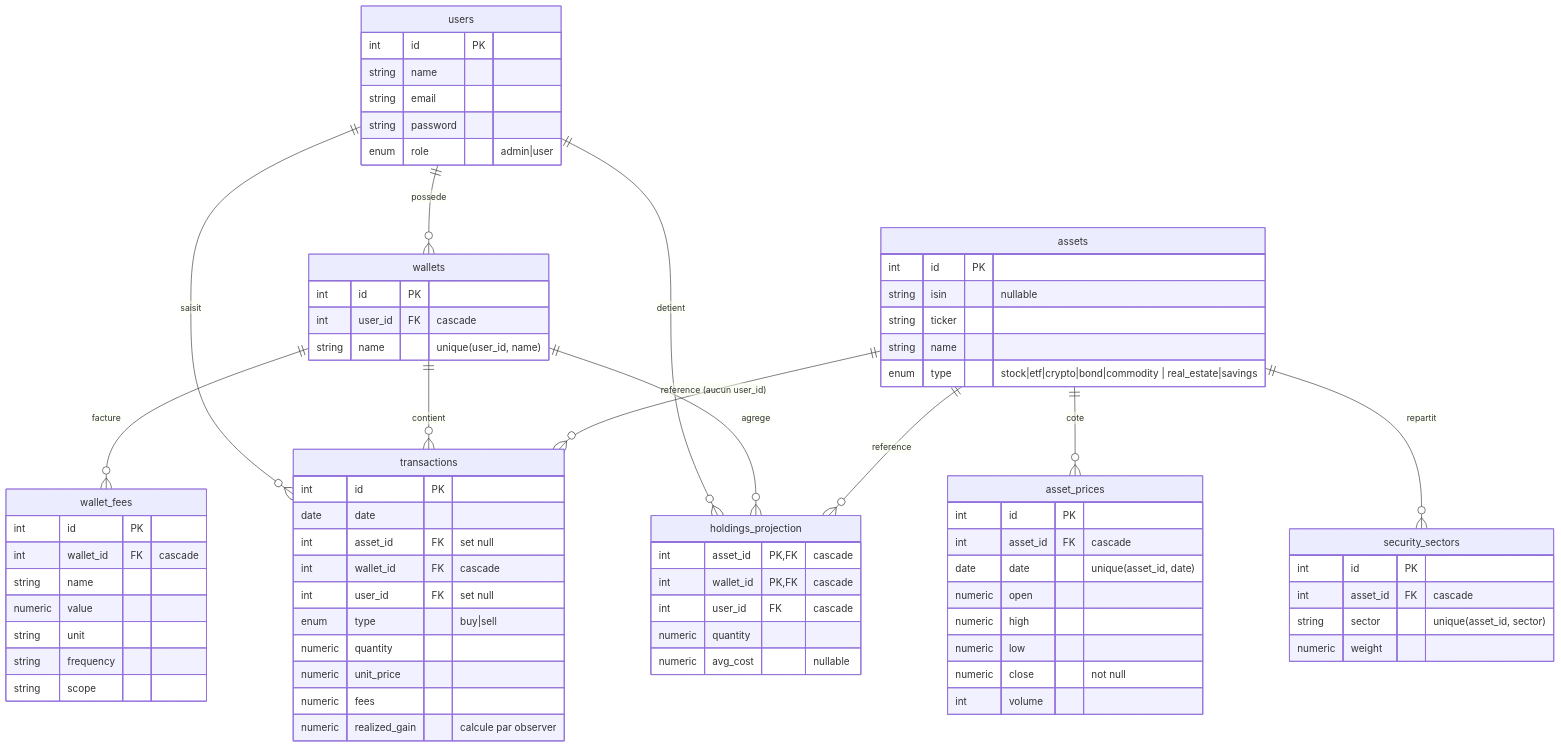
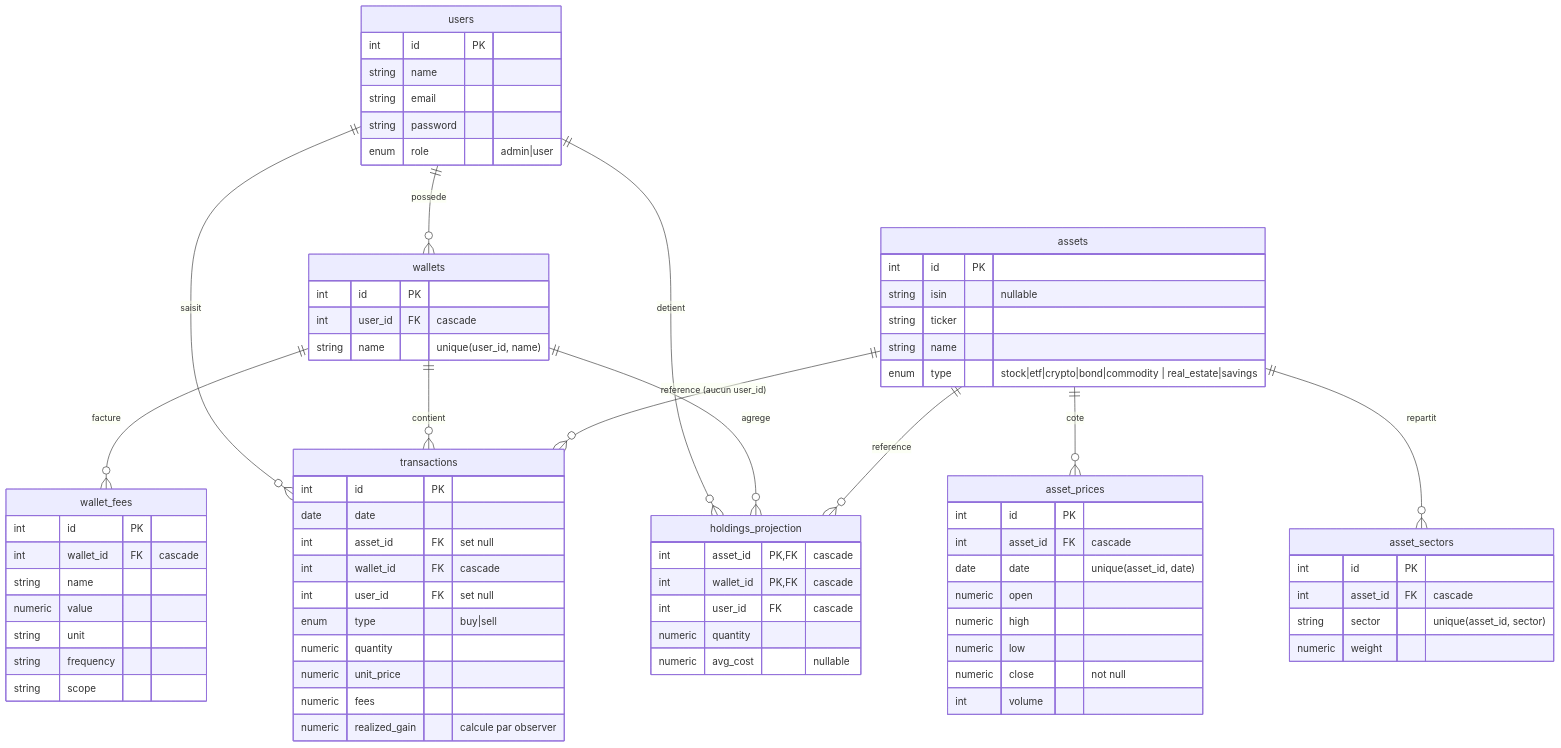
One commit to yanntyb/portefeuille changed the first of 3 diagrams in docs/data-model.md. Above: the diagram before and after it, drawn with Mermaid. The commit also changed other lines of this file and 7 other files, not shown here.

````diff
--- a/docs/data-model.md
+++ b/docs/data-model.md
@@ -66,7 +66,7 @@
         int volume
     }
 
-    security_sectors {
+    asset_sectors {
         int id PK
         int asset_id FK "cascade"
         string sector "unique(asset_id, sector)"
@@ -105,5 +105,5 @@
     assets ||--o{ transactions : "reference (aucun user_id)"
     assets ||--o{ holdings_projection : reference
     assets ||--o{ asset_prices : cote
-    assets ||--o{ security_sectors : repartit
+    assets ||--o{ asset_sectors : repartit
 ```
````
